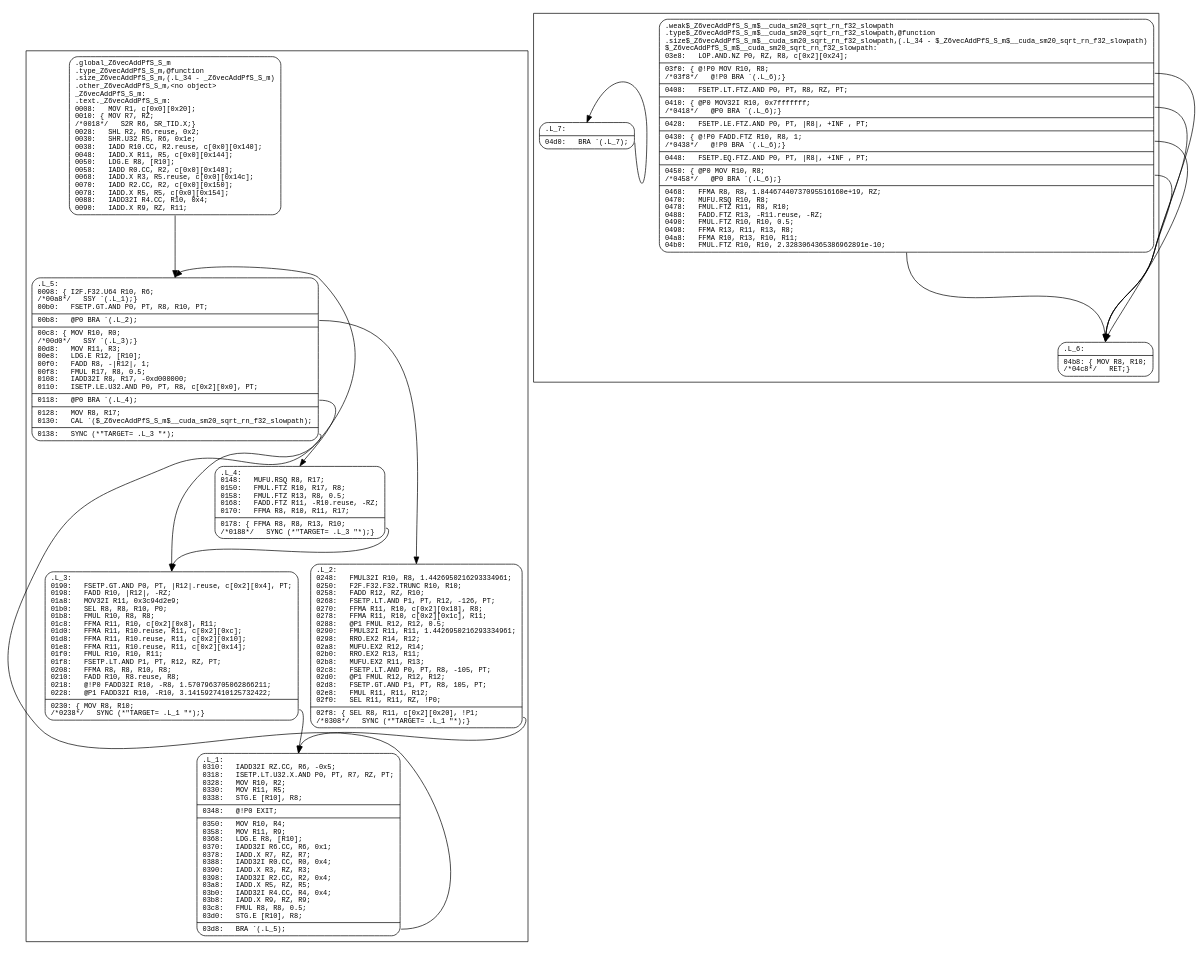
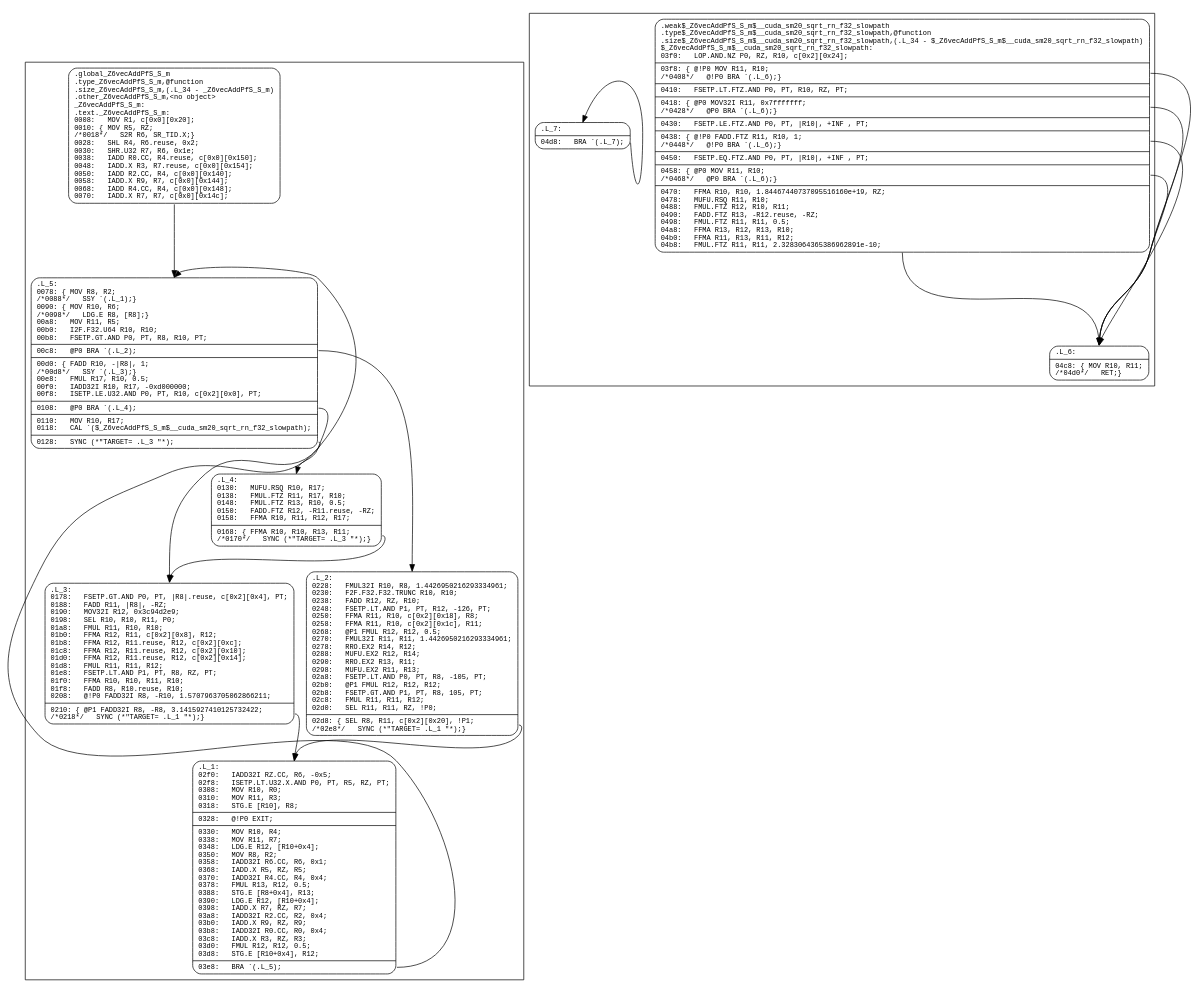
One commit to Jokeren/hpctoolkit-gpu-samples changed the diagram in utils/read_graphviz/data/loop4.dot. Above: the diagram before and after it, drawn with Graphviz. The commit also changed 1 other file, not shown here.

```diff
--- a/utils/read_graphviz/data/loop4.dot
+++ b/utils/read_graphviz/data/loop4.dot
@@ -1,47 +1,47 @@
 digraph f {
 subgraph "cluster__Z6vecAddPfS_S_m" {
 node [fontname="Courier",fontsize=10,shape=Mrecord];
 "_Z6vecAddPfS_S_m"
-[label="{<entry>	.global		_Z6vecAddPfS_S_m\l	.type		_Z6vecAddPfS_S_m,@function\l	.size		_Z6vecAddPfS_S_m,(.L_34\ -\ _Z6vecAddPfS_S_m)\l	.other		_Z6vecAddPfS_S_m,\<no\ object\>\l_Z6vecAddPfS_S_m:\l.text._Z6vecAddPfS_S_m:\l0008:\ \ \ MOV\ R1,\ c\[0x0\]\[0x20\];\l0010:\ \{\ MOV\ R7,\ RZ;\l/*0018*/\ \ \ S2R\ R6,\ SR_TID.X;\}\l0028:\ \ \ SHL\ R2,\ R6.reuse,\ 0x2;\l0030:\ \ \ SHR.U32\ R5,\ R6,\ 0x1e;\l0038:\ \ \ IADD\ R10.CC,\ R2.reuse,\ c\[0x0\]\[0x140\];\l0048:\ \ \ IADD.X\ R11,\ R5,\ c\[0x0\]\[0x144\];\l0050:\ \ \ LDG.E\ R8,\ \[R10\];\l0058:\ \ \ IADD\ R0.CC,\ R2,\ c\[0x0\]\[0x148\];\l0068:\ \ \ IADD.X\ R3,\ R5.reuse,\ c\[0x0\]\[0x14c\];\l0070:\ \ \ IADD\ R2.CC,\ R2,\ c\[0x0\]\[0x150\];\l0078:\ \ \ IADD.X\ R5,\ R5,\ c\[0x0\]\[0x154\];\l0088:\ \ \ IADD32I\ R4.CC,\ R10,\ 0x4;\l0090:\ \ \ IADD.X\ R9,\ RZ,\ R11;\l}"]
+[label="{<entry>	.global		_Z6vecAddPfS_S_m\l	.type		_Z6vecAddPfS_S_m,@function\l	.size		_Z6vecAddPfS_S_m,(.L_34\ -\ _Z6vecAddPfS_S_m)\l	.other		_Z6vecAddPfS_S_m,\<no\ object\>\l_Z6vecAddPfS_S_m:\l.text._Z6vecAddPfS_S_m:\l0008:\ \ \ MOV\ R1,\ c\[0x0\]\[0x20\];\l0010:\ \{\ MOV\ R5,\ RZ;\l/*0018*/\ \ \ S2R\ R6,\ SR_TID.X;\}\l0028:\ \ \ SHL\ R4,\ R6.reuse,\ 0x2;\l0030:\ \ \ SHR.U32\ R7,\ R6,\ 0x1e;\l0038:\ \ \ IADD\ R0.CC,\ R4.reuse,\ c\[0x0\]\[0x150\];\l0048:\ \ \ IADD.X\ R3,\ R7.reuse,\ c\[0x0\]\[0x154\];\l0050:\ \ \ IADD\ R2.CC,\ R4,\ c\[0x0\]\[0x140\];\l0058:\ \ \ IADD.X\ R9,\ R7,\ c\[0x0\]\[0x144\];\l0068:\ \ \ IADD\ R4.CC,\ R4,\ c\[0x0\]\[0x148\];\l0070:\ \ \ IADD.X\ R7,\ R7,\ c\[0x0\]\[0x14c\];\l}"]
 "_Z6vecAddPfS_S_m":entry:s -> ".L_5":entry:n [style=solid];
 node [fontname="Courier",fontsize=10,shape=Mrecord];
 ".L_5"
-[label="{<entry>.L_5:\l0098:\ \{\ I2F.F32.U64\ R10,\ R6;\l/*00a8*/\ \ \ SSY\ `(.L_1);\}\l00b0:\ \ \ FSETP.GT.AND\ P0,\ PT,\ R8,\ R10,\ PT;\l|<exit0>00b8:\ \ \ @P0\ BRA\ `(.L_2);\l|<exitpost0>00c8:\ \{\ MOV\ R10,\ R0;\l/*00d0*/\ \ \ SSY\ `(.L_3);\}\l00d8:\ \ \ MOV\ R11,\ R3;\l00e8:\ \ \ LDG.E\ R12,\ \[R10\];\l00f0:\ \ \ FADD\ R8,\ -\|R12\|,\ 1;\l00f8:\ \ \ FMUL\ R17,\ R8,\ 0.5;\l0108:\ \ \ IADD32I\ R8,\ R17,\ -0xd000000;\l0110:\ \ \ ISETP.LE.U32.AND\ P0,\ PT,\ R8,\ c\[0x2\]\[0x0\],\ PT;\l|<exit1>0118:\ \ \ @P0\ BRA\ `(.L_4);\l|<exitpost1>0128:\ \ \ MOV\ R8,\ R17;\l0130:\ \ \ CAL\ `($_Z6vecAddPfS_S_m$__cuda_sm20_sqrt_rn_f32_slowpath);\l|<exit2>0138:\ \ \ SYNC\ (*\"TARGET=\ .L_3\ \"*);\l}"]
+[label="{<entry>.L_5:\l0078:\ \{\ MOV\ R8,\ R2;\l/*0088*/\ \ \ SSY\ `(.L_1);\}\l0090:\ \{\ MOV\ R10,\ R6;\l/*0098*/\ \ \ LDG.E\ R8,\ \[R8\];\}\l00a8:\ \ \ MOV\ R11,\ R5;\l00b0:\ \ \ I2F.F32.U64\ R10,\ R10;\l00b8:\ \ \ FSETP.GT.AND\ P0,\ PT,\ R8,\ R10,\ PT;\l|<exit0>00c8:\ \ \ @P0\ BRA\ `(.L_2);\l|<exitpost0>00d0:\ \{\ FADD\ R10,\ -\|R8\|,\ 1;\l/*00d8*/\ \ \ SSY\ `(.L_3);\}\l00e8:\ \ \ FMUL\ R17,\ R10,\ 0.5;\l00f0:\ \ \ IADD32I\ R10,\ R17,\ -0xd000000;\l00f8:\ \ \ ISETP.LE.U32.AND\ P0,\ PT,\ R10,\ c\[0x2\]\[0x0\],\ PT;\l|<exit1>0108:\ \ \ @P0\ BRA\ `(.L_4);\l|<exitpost1>0110:\ \ \ MOV\ R10,\ R17;\l0118:\ \ \ CAL\ `($_Z6vecAddPfS_S_m$__cuda_sm20_sqrt_rn_f32_slowpath);\l|<exit2>0128:\ \ \ SYNC\ (*\"TARGET=\ .L_3\ \"*);\l}"]
 ".L_5":exit0:e -> ".L_2":entry:n [style=solid];
 ".L_5":exit1:e -> ".L_4":entry:n [style=solid];
 ".L_5":exit2:e -> ".L_3":entry:n [style=solid];
 node [fontname="Courier",fontsize=10,shape=Mrecord];
 ".L_4"
-[label="{<entry>.L_4:\l0148:\ \ \ MUFU.RSQ\ R8,\ R17;\l0150:\ \ \ FMUL.FTZ\ R10,\ R17,\ R8;\l0158:\ \ \ FMUL.FTZ\ R13,\ R8,\ 0.5;\l0168:\ \ \ FADD.FTZ\ R11,\ -R10.reuse,\ -RZ;\l0170:\ \ \ FFMA\ R8,\ R10,\ R11,\ R17;\l|<exit0>0178:\ \{\ FFMA\ R8,\ R8,\ R13,\ R10;\l/*0188*/\ \ \ SYNC\ (*\"TARGET=\ .L_3\ \"*);\}\l}"]
+[label="{<entry>.L_4:\l0130:\ \ \ MUFU.RSQ\ R10,\ R17;\l0138:\ \ \ FMUL.FTZ\ R11,\ R17,\ R10;\l0148:\ \ \ FMUL.FTZ\ R13,\ R10,\ 0.5;\l0150:\ \ \ FADD.FTZ\ R12,\ -R11.reuse,\ -RZ;\l0158:\ \ \ FFMA\ R10,\ R11,\ R12,\ R17;\l|<exit0>0168:\ \{\ FFMA\ R10,\ R10,\ R13,\ R11;\l/*0170*/\ \ \ SYNC\ (*\"TARGET=\ .L_3\ \"*);\}\l}"]
 ".L_4":exit0:e -> ".L_3":entry:n [style=solid];
 node [fontname="Courier",fontsize=10,shape=Mrecord];
 ".L_3"
-[label="{<entry>.L_3:\l0190:\ \ \ FSETP.GT.AND\ P0,\ PT,\ \|R12\|.reuse,\ c\[0x2\]\[0x4\],\ PT;\l0198:\ \ \ FADD\ R10,\ \|R12\|,\ -RZ;\l01a8:\ \ \ MOV32I\ R11,\ 0x3c94d2e9;\l01b0:\ \ \ SEL\ R8,\ R8,\ R10,\ P0;\l01b8:\ \ \ FMUL\ R10,\ R8,\ R8;\l01c8:\ \ \ FFMA\ R11,\ R10,\ c\[0x2\]\[0x8\],\ R11;\l01d0:\ \ \ FFMA\ R11,\ R10.reuse,\ R11,\ c\[0x2\]\[0xc\];\l01d8:\ \ \ FFMA\ R11,\ R10.reuse,\ R11,\ c\[0x2\]\[0x10\];\l01e8:\ \ \ FFMA\ R11,\ R10.reuse,\ R11,\ c\[0x2\]\[0x14\];\l01f0:\ \ \ FMUL\ R10,\ R10,\ R11;\l01f8:\ \ \ FSETP.LT.AND\ P1,\ PT,\ R12,\ RZ,\ PT;\l0208:\ \ \ FFMA\ R8,\ R8,\ R10,\ R8;\l0210:\ \ \ FADD\ R10,\ R8.reuse,\ R8;\l0218:\ \ \ @!P0\ FADD32I\ R10,\ -R8,\ 1.5707963705062866211;\l0228:\ \ \ @P1\ FADD32I\ R10,\ -R10,\ 3.1415927410125732422;\l|<exit0>0230:\ \{\ MOV\ R8,\ R10;\l/*0238*/\ \ \ SYNC\ (*\"TARGET=\ .L_1\ \"*);\}\l}"]
+[label="{<entry>.L_3:\l0178:\ \ \ FSETP.GT.AND\ P0,\ PT,\ \|R8\|.reuse,\ c\[0x2\]\[0x4\],\ PT;\l0188:\ \ \ FADD\ R11,\ \|R8\|,\ -RZ;\l0190:\ \ \ MOV32I\ R12,\ 0x3c94d2e9;\l0198:\ \ \ SEL\ R10,\ R10,\ R11,\ P0;\l01a8:\ \ \ FMUL\ R11,\ R10,\ R10;\l01b0:\ \ \ FFMA\ R12,\ R11,\ c\[0x2\]\[0x8\],\ R12;\l01b8:\ \ \ FFMA\ R12,\ R11.reuse,\ R12,\ c\[0x2\]\[0xc\];\l01c8:\ \ \ FFMA\ R12,\ R11.reuse,\ R12,\ c\[0x2\]\[0x10\];\l01d0:\ \ \ FFMA\ R12,\ R11.reuse,\ R12,\ c\[0x2\]\[0x14\];\l01d8:\ \ \ FMUL\ R11,\ R11,\ R12;\l01e8:\ \ \ FSETP.LT.AND\ P1,\ PT,\ R8,\ RZ,\ PT;\l01f0:\ \ \ FFMA\ R10,\ R10,\ R11,\ R10;\l01f8:\ \ \ FADD\ R8,\ R10.reuse,\ R10;\l0208:\ \ \ @!P0\ FADD32I\ R8,\ -R10,\ 1.5707963705062866211;\l|<exit0>0210:\ \{\ @P1\ FADD32I\ R8,\ -R8,\ 3.1415927410125732422;\l/*0218*/\ \ \ SYNC\ (*\"TARGET=\ .L_1\ \"*);\}\l}"]
 ".L_3":exit0:e -> ".L_1":entry:n [style=solid];
 node [fontname="Courier",fontsize=10,shape=Mrecord];
 ".L_2"
-[label="{<entry>.L_2:\l0248:\ \ \ FMUL32I\ R10,\ R8,\ 1.4426950216293334961;\l0250:\ \ \ F2F.F32.F32.TRUNC\ R10,\ R10;\l0258:\ \ \ FADD\ R12,\ RZ,\ R10;\l0268:\ \ \ FSETP.LT.AND\ P1,\ PT,\ R12,\ -126,\ PT;\l0270:\ \ \ FFMA\ R11,\ R10,\ c\[0x2\]\[0x18\],\ R8;\l0278:\ \ \ FFMA\ R11,\ R10,\ c\[0x2\]\[0x1c\],\ R11;\l0288:\ \ \ @P1\ FMUL\ R12,\ R12,\ 0.5;\l0290:\ \ \ FMUL32I\ R11,\ R11,\ 1.4426950216293334961;\l0298:\ \ \ RRO.EX2\ R14,\ R12;\l02a8:\ \ \ MUFU.EX2\ R12,\ R14;\l02b0:\ \ \ RRO.EX2\ R13,\ R11;\l02b8:\ \ \ MUFU.EX2\ R11,\ R13;\l02c8:\ \ \ FSETP.LT.AND\ P0,\ PT,\ R8,\ -105,\ PT;\l02d0:\ \ \ @P1\ FMUL\ R12,\ R12,\ R12;\l02d8:\ \ \ FSETP.GT.AND\ P1,\ PT,\ R8,\ 105,\ PT;\l02e8:\ \ \ FMUL\ R11,\ R11,\ R12;\l02f0:\ \ \ SEL\ R11,\ R11,\ RZ,\ !P0;\l|<exit0>02f8:\ \{\ SEL\ R8,\ R11,\ c\[0x2\]\[0x20\],\ !P1;\l/*0308*/\ \ \ SYNC\ (*\"TARGET=\ .L_1\ \"*);\}\l}"]
+[label="{<entry>.L_2:\l0228:\ \ \ FMUL32I\ R10,\ R8,\ 1.4426950216293334961;\l0230:\ \ \ F2F.F32.F32.TRUNC\ R10,\ R10;\l0238:\ \ \ FADD\ R12,\ RZ,\ R10;\l0248:\ \ \ FSETP.LT.AND\ P1,\ PT,\ R12,\ -126,\ PT;\l0250:\ \ \ FFMA\ R11,\ R10,\ c\[0x2\]\[0x18\],\ R8;\l0258:\ \ \ FFMA\ R11,\ R10,\ c\[0x2\]\[0x1c\],\ R11;\l0268:\ \ \ @P1\ FMUL\ R12,\ R12,\ 0.5;\l0270:\ \ \ FMUL32I\ R11,\ R11,\ 1.4426950216293334961;\l0278:\ \ \ RRO.EX2\ R14,\ R12;\l0288:\ \ \ MUFU.EX2\ R12,\ R14;\l0290:\ \ \ RRO.EX2\ R13,\ R11;\l0298:\ \ \ MUFU.EX2\ R11,\ R13;\l02a8:\ \ \ FSETP.LT.AND\ P0,\ PT,\ R8,\ -105,\ PT;\l02b0:\ \ \ @P1\ FMUL\ R12,\ R12,\ R12;\l02b8:\ \ \ FSETP.GT.AND\ P1,\ PT,\ R8,\ 105,\ PT;\l02c8:\ \ \ FMUL\ R11,\ R11,\ R12;\l02d0:\ \ \ SEL\ R11,\ R11,\ RZ,\ !P0;\l|<exit0>02d8:\ \{\ SEL\ R8,\ R11,\ c\[0x2\]\[0x20\],\ !P1;\l/*02e8*/\ \ \ SYNC\ (*\"TARGET=\ .L_1\ \"*);\}\l}"]
 ".L_2":exit0:e -> ".L_1":entry:n [style=solid];
 node [fontname="Courier",fontsize=10,shape=Mrecord];
 ".L_1"
-[label="{<entry>.L_1:\l0310:\ \ \ IADD32I\ RZ.CC,\ R6,\ -0x5;\l0318:\ \ \ ISETP.LT.U32.X.AND\ P0,\ PT,\ R7,\ RZ,\ PT;\l0328:\ \ \ MOV\ R10,\ R2;\l0330:\ \ \ MOV\ R11,\ R5;\l0338:\ \ \ STG.E\ \[R10\],\ R8;\l|<exit0>0348:\ \ \ @!P0\ EXIT;\l|<exitpost0>0350:\ \ \ MOV\ R10,\ R4;\l0358:\ \ \ MOV\ R11,\ R9;\l0368:\ \ \ LDG.E\ R8,\ \[R10\];\l0370:\ \ \ IADD32I\ R6.CC,\ R6,\ 0x1;\l0378:\ \ \ IADD.X\ R7,\ RZ,\ R7;\l0388:\ \ \ IADD32I\ R0.CC,\ R0,\ 0x4;\l0390:\ \ \ IADD.X\ R3,\ RZ,\ R3;\l0398:\ \ \ IADD32I\ R2.CC,\ R2,\ 0x4;\l03a8:\ \ \ IADD.X\ R5,\ RZ,\ R5;\l03b0:\ \ \ IADD32I\ R4.CC,\ R4,\ 0x4;\l03b8:\ \ \ IADD.X\ R9,\ RZ,\ R9;\l03c8:\ \ \ FMUL\ R8,\ R8,\ 0.5;\l03d0:\ \ \ STG.E\ \[R10\],\ R8;\l|<exit1>03d8:\ \ \ BRA\ `(.L_5);\l}"]
+[label="{<entry>.L_1:\l02f0:\ \ \ IADD32I\ RZ.CC,\ R6,\ -0x5;\l02f8:\ \ \ ISETP.LT.U32.X.AND\ P0,\ PT,\ R5,\ RZ,\ PT;\l0308:\ \ \ MOV\ R10,\ R0;\l0310:\ \ \ MOV\ R11,\ R3;\l0318:\ \ \ STG.E\ \[R10\],\ R8;\l|<exit0>0328:\ \ \ @!P0\ EXIT;\l|<exitpost0>0330:\ \ \ MOV\ R10,\ R4;\l0338:\ \ \ MOV\ R11,\ R7;\l0348:\ \ \ LDG.E\ R12,\ \[R10+0x4\];\l0350:\ \ \ MOV\ R8,\ R2;\l0358:\ \ \ IADD32I\ R6.CC,\ R6,\ 0x1;\l0368:\ \ \ IADD.X\ R5,\ RZ,\ R5;\l0370:\ \ \ IADD32I\ R4.CC,\ R4,\ 0x4;\l0378:\ \ \ FMUL\ R13,\ R12,\ 0.5;\l0388:\ \ \ STG.E\ \[R8+0x4\],\ R13;\l0390:\ \ \ LDG.E\ R12,\ \[R10+0x4\];\l0398:\ \ \ IADD.X\ R7,\ RZ,\ R7;\l03a8:\ \ \ IADD32I\ R2.CC,\ R2,\ 0x4;\l03b0:\ \ \ IADD.X\ R9,\ RZ,\ R9;\l03b8:\ \ \ IADD32I\ R0.CC,\ R0,\ 0x4;\l03c8:\ \ \ IADD.X\ R3,\ RZ,\ R3;\l03d0:\ \ \ FMUL\ R12,\ R12,\ 0.5;\l03d8:\ \ \ STG.E\ \[R10+0x4\],\ R12;\l|<exit1>03e8:\ \ \ BRA\ `(.L_5);\l}"]
 ".L_1":exit1:e -> ".L_5":entry:n [style=solid];
 }
 subgraph "cluster_$_Z6vecAddPfS_S_m$__cuda_sm20_sqrt_rn_f32_slowpath" {
 node [fontname="Courier",fontsize=10,shape=Mrecord];
 "$_Z6vecAddPfS_S_m$__cuda_sm20_sqrt_rn_f32_slowpath"
-[label="{<entry>	.weak		$_Z6vecAddPfS_S_m$__cuda_sm20_sqrt_rn_f32_slowpath\l	.type		$_Z6vecAddPfS_S_m$__cuda_sm20_sqrt_rn_f32_slowpath,@function\l	.size		$_Z6vecAddPfS_S_m$__cuda_sm20_sqrt_rn_f32_slowpath,(.L_34\ -\ $_Z6vecAddPfS_S_m$__cuda_sm20_sqrt_rn_f32_slowpath)\l$_Z6vecAddPfS_S_m$__cuda_sm20_sqrt_rn_f32_slowpath:\l03e8:\ \ \ LOP.AND.NZ\ P0,\ RZ,\ R8,\ c\[0x2\]\[0x24\];\l|<exit0>03f0:\ \{\ @!P0\ MOV\ R10,\ R8;\l/*03f8*/\ \ \ @!P0\ BRA\ `(.L_6);\}\l|<exitpost0>0408:\ \ \ FSETP.LT.FTZ.AND\ P0,\ PT,\ R8,\ RZ,\ PT;\l|<exit1>0410:\ \{\ @P0\ MOV32I\ R10,\ 0x7fffffff;\l/*0418*/\ \ \ @P0\ BRA\ `(.L_6);\}\l|<exitpost1>0428:\ \ \ FSETP.LE.FTZ.AND\ P0,\ PT,\ \|R8\|,\ +INF\ ,\ PT;\l|<exit2>0430:\ \{\ @!P0\ FADD.FTZ\ R10,\ R8,\ 1;\l/*0438*/\ \ \ @!P0\ BRA\ `(.L_6);\}\l|<exitpost2>0448:\ \ \ FSETP.EQ.FTZ.AND\ P0,\ PT,\ \|R8\|,\ +INF\ ,\ PT;\l|<exit3>0450:\ \{\ @P0\ MOV\ R10,\ R8;\l/*0458*/\ \ \ @P0\ BRA\ `(.L_6);\}\l|<exitpost3>0468:\ \ \ FFMA\ R8,\ R8,\ 1.84467440737095516160e+19,\ RZ;\l0470:\ \ \ MUFU.RSQ\ R10,\ R8;\l0478:\ \ \ FMUL.FTZ\ R11,\ R8,\ R10;\l0488:\ \ \ FADD.FTZ\ R13,\ -R11.reuse,\ -RZ;\l0490:\ \ \ FMUL.FTZ\ R10,\ R10,\ 0.5;\l0498:\ \ \ FFMA\ R13,\ R11,\ R13,\ R8;\l04a8:\ \ \ FFMA\ R10,\ R13,\ R10,\ R11;\l04b0:\ \ \ FMUL.FTZ\ R10,\ R10,\ 2.3283064365386962891e-10;\l}"]
+[label="{<entry>	.weak		$_Z6vecAddPfS_S_m$__cuda_sm20_sqrt_rn_f32_slowpath\l	.type		$_Z6vecAddPfS_S_m$__cuda_sm20_sqrt_rn_f32_slowpath,@function\l	.size		$_Z6vecAddPfS_S_m$__cuda_sm20_sqrt_rn_f32_slowpath,(.L_34\ -\ $_Z6vecAddPfS_S_m$__cuda_sm20_sqrt_rn_f32_slowpath)\l$_Z6vecAddPfS_S_m$__cuda_sm20_sqrt_rn_f32_slowpath:\l03f0:\ \ \ LOP.AND.NZ\ P0,\ RZ,\ R10,\ c\[0x2\]\[0x24\];\l|<exit0>03f8:\ \{\ @!P0\ MOV\ R11,\ R10;\l/*0408*/\ \ \ @!P0\ BRA\ `(.L_6);\}\l|<exitpost0>0410:\ \ \ FSETP.LT.FTZ.AND\ P0,\ PT,\ R10,\ RZ,\ PT;\l|<exit1>0418:\ \{\ @P0\ MOV32I\ R11,\ 0x7fffffff;\l/*0428*/\ \ \ @P0\ BRA\ `(.L_6);\}\l|<exitpost1>0430:\ \ \ FSETP.LE.FTZ.AND\ P0,\ PT,\ \|R10\|,\ +INF\ ,\ PT;\l|<exit2>0438:\ \{\ @!P0\ FADD.FTZ\ R11,\ R10,\ 1;\l/*0448*/\ \ \ @!P0\ BRA\ `(.L_6);\}\l|<exitpost2>0450:\ \ \ FSETP.EQ.FTZ.AND\ P0,\ PT,\ \|R10\|,\ +INF\ ,\ PT;\l|<exit3>0458:\ \{\ @P0\ MOV\ R11,\ R10;\l/*0468*/\ \ \ @P0\ BRA\ `(.L_6);\}\l|<exitpost3>0470:\ \ \ FFMA\ R10,\ R10,\ 1.84467440737095516160e+19,\ RZ;\l0478:\ \ \ MUFU.RSQ\ R11,\ R10;\l0488:\ \ \ FMUL.FTZ\ R12,\ R10,\ R11;\l0490:\ \ \ FADD.FTZ\ R13,\ -R12.reuse,\ -RZ;\l0498:\ \ \ FMUL.FTZ\ R11,\ R11,\ 0.5;\l04a8:\ \ \ FFMA\ R13,\ R12,\ R13,\ R10;\l04b0:\ \ \ FFMA\ R11,\ R13,\ R11,\ R12;\l04b8:\ \ \ FMUL.FTZ\ R11,\ R11,\ 2.3283064365386962891e-10;\l}"]
 "$_Z6vecAddPfS_S_m$__cuda_sm20_sqrt_rn_f32_slowpath":exit0:e -> ".L_6":entry:n [style=solid];
 "$_Z6vecAddPfS_S_m$__cuda_sm20_sqrt_rn_f32_slowpath":exit1:e -> ".L_6":entry:n [style=solid];
 "$_Z6vecAddPfS_S_m$__cuda_sm20_sqrt_rn_f32_slowpath":exit2:e -> ".L_6":entry:n [style=solid];
 "$_Z6vecAddPfS_S_m$__cuda_sm20_sqrt_rn_f32_slowpath":exit3:e -> ".L_6":entry:n [style=solid];
 "$_Z6vecAddPfS_S_m$__cuda_sm20_sqrt_rn_f32_slowpath":exitpost3:s -> ".L_6":entry:n [style=solid];
 node [fontname="Courier",fontsize=10,shape=Mrecord];
 ".L_6"
-[label="{<entry>.L_6:\l|<exit0>04b8:\ \{\ MOV\ R8,\ R10;\l/*04c8*/\ \ \ RET;\}\l}"]
+[label="{<entry>.L_6:\l|<exit0>04c8:\ \{\ MOV\ R10,\ R11;\l/*04d0*/\ \ \ RET;\}\l}"]
 node [fontname="Courier",fontsize=10,shape=Mrecord];
 ".L_7"
-[label="{<entry>.L_7:\l|<exit0>04d0:\ \ \ BRA\ `(.L_7);\l}"]
+[label="{<entry>.L_7:\l|<exit0>04d8:\ \ \ BRA\ `(.L_7);\l}"]
 ".L_7":exit0:e -> ".L_7":entry:n [style=solid];
 }
 }
```
